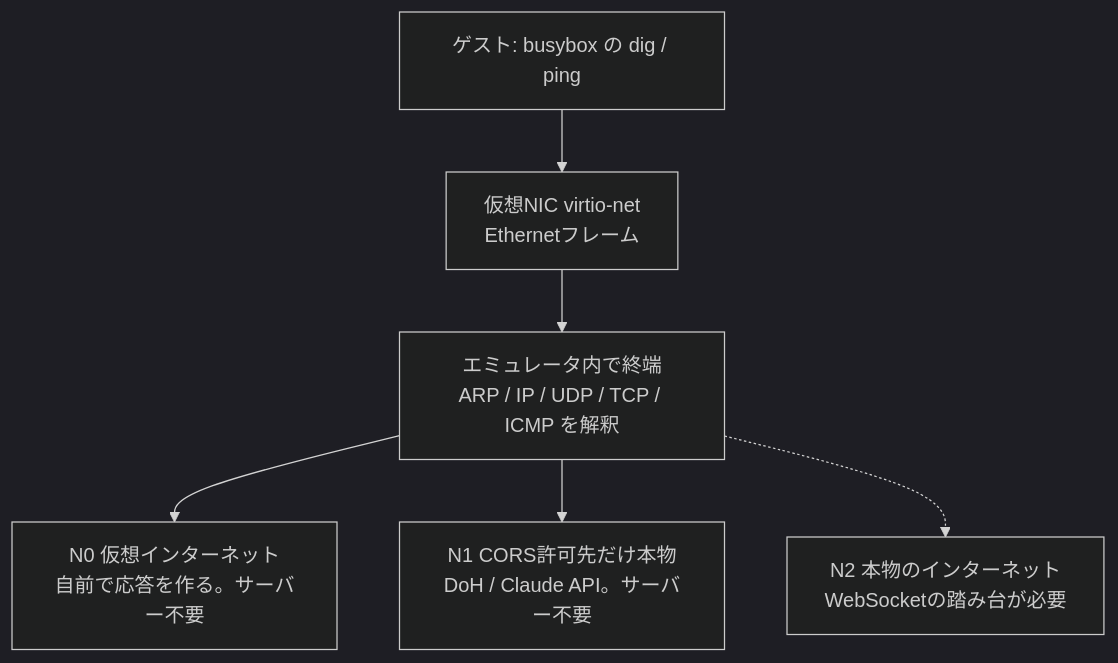
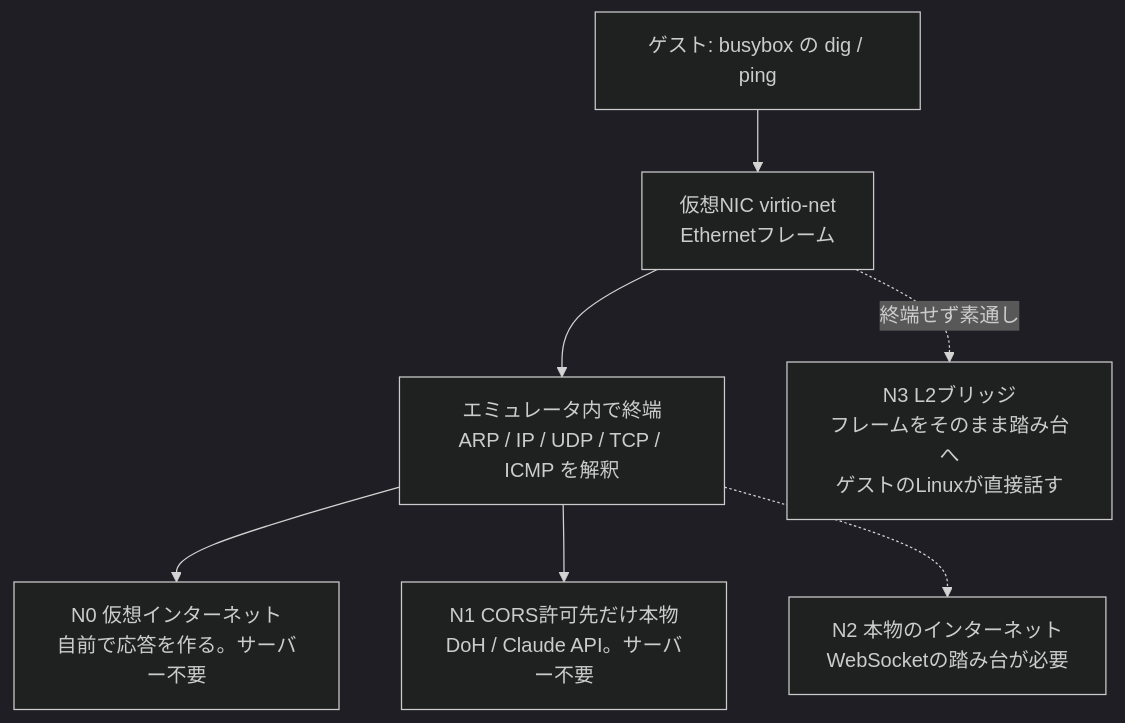
One commit to yoshiharu-ishii/rustx86 changed the first of 2 diagrams in docs/adr/0003-networking-in-the-browser.md. Above: the diagram before and after it, drawn with Mermaid (dark theme). The commit also changed other lines of this file and 1 other file, not shown here.

First line of the commit message:
ADR-0003: L2ブリッジ (N3) を追加。ゲストにスタックを支配させる実験系

````diff
--- a/docs/adr/0003-networking-in-the-browser.md
+++ b/docs/adr/0003-networking-in-the-browser.md
@@ -44,8 +49,9 @@
 ```mermaid
 flowchart TB
     G["ゲスト: busybox の dig / ping"] --> NIC["仮想NIC virtio-net<br>Ethernetフレーム"]
     NIC --> STACK["エミュレータ内で終端<br>ARP / IP / UDP / TCP / ICMP を解釈"]
     STACK --> N0["N0 仮想インターネット<br>自前で応答を作る。サーバー不要"]
     STACK --> N1["N1 CORS許可先だけ本物<br>DoH / Claude API。サーバー不要"]
     STACK -.-> N2["N2 本物のインターネット<br>WebSocketの踏み台が必要"]
+    NIC -.->|"終端せず素通し"| N3["N3 L2ブリッジ<br>フレームをそのまま踏み台へ<br>ゲストのLinuxが直接話す"]
 ```
````
